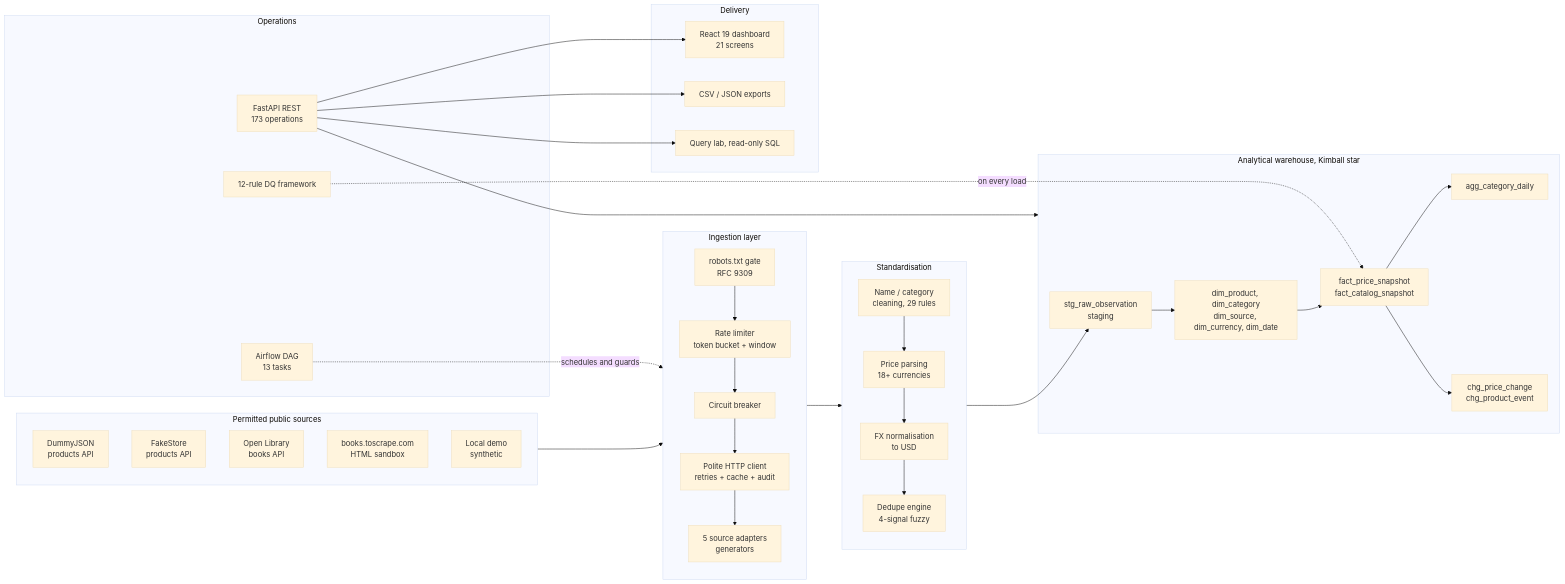
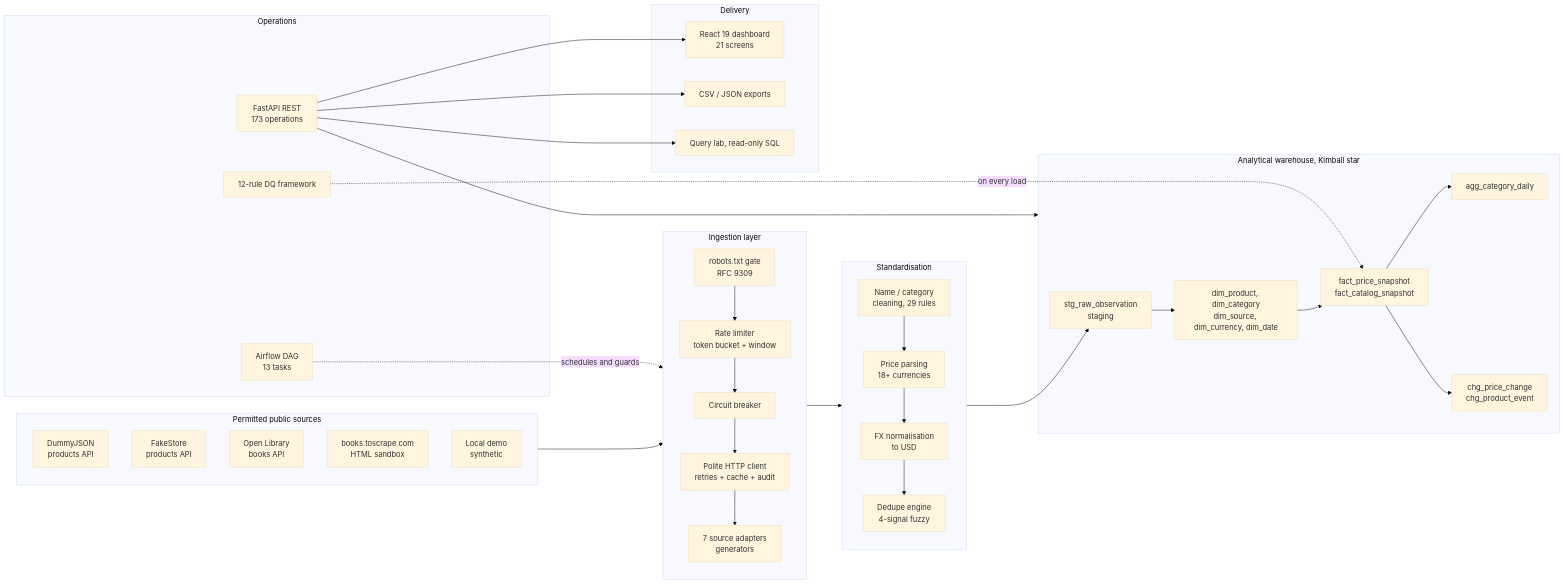
Before and after one commit to Ahmedbakr78/Web-to-Warehouse-Product-Intelligence-Pipeline: the first of 15 diagrams in README.md, drawn with Mermaid (base theme). The commit also changed other lines of this file and 11 other files, not shown here.

````diff
--- a/README.md
+++ b/README.md
@@ -279,55 +279,55 @@
 ```mermaid
 flowchart LR
     subgraph Sources["Permitted public sources"]
         A1["DummyJSON<br/>products API"]
         A2["FakeStore<br/>products API"]
         A3["Open Library<br/>books API"]
         A4["books.toscrape.com<br/>HTML sandbox"]
         A5["Local demo<br/>synthetic"]
     end
 
     subgraph Ingest["Ingestion layer"]
         direction TB
         R["robots.txt gate<br/>RFC 9309"]
         RL["Rate limiter<br/>token bucket + window"]
         CB["Circuit breaker"]
         HC["Polite HTTP client<br/>retries + cache + audit"]
-        S["5 source adapters<br/>generators"]
+        S["7 source adapters<br/>generators"]
         R --> RL --> CB --> HC --> S
     end
 
     subgraph Clean["Standardisation"]
         C1["Name / category<br/>cleaning, 29 rules"]
         C2["Price parsing<br/>18+ currencies"]
         C3["FX normalisation<br/>to USD"]
         DD["Dedupe engine<br/>4-signal fuzzy"]
         C1 --> C2 --> C3 --> DD
     end
 
     subgraph Wh["Analytical warehouse, Kimball star"]
         STG["stg_raw_observation<br/>staging"]
         DIM["dim_product, dim_category<br/>dim_source, dim_currency, dim_date"]
         FACT["fact_price_snapshot<br/>fact_catalog_snapshot"]
         AGG["agg_category_daily"]
         CHG["chg_price_change<br/>chg_product_event"]
         STG --> DIM --> FACT --> AGG & CHG
     end
 
     subgraph Ops["Operations"]
         AF["Airflow DAG<br/>13 tasks"]
         API["FastAPI REST<br/>173 operations"]
         DQ["12-rule DQ framework"]
     end
 
     subgraph UI["Delivery"]
         RE["React 19 dashboard<br/>21 screens"]
         EXP["CSV / JSON exports"]
         QL["Query lab, read-only SQL"]
     end
 
     Sources --> Ingest --> Clean --> STG
     AF -.schedules and guards.-> Ingest
     API --> Wh
     API --> RE & EXP & QL
     DQ -.on every load.-> FACT
 ```
````
